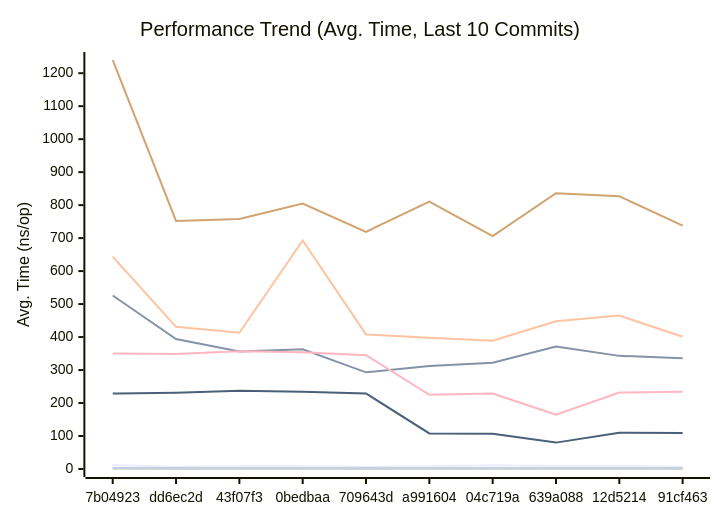
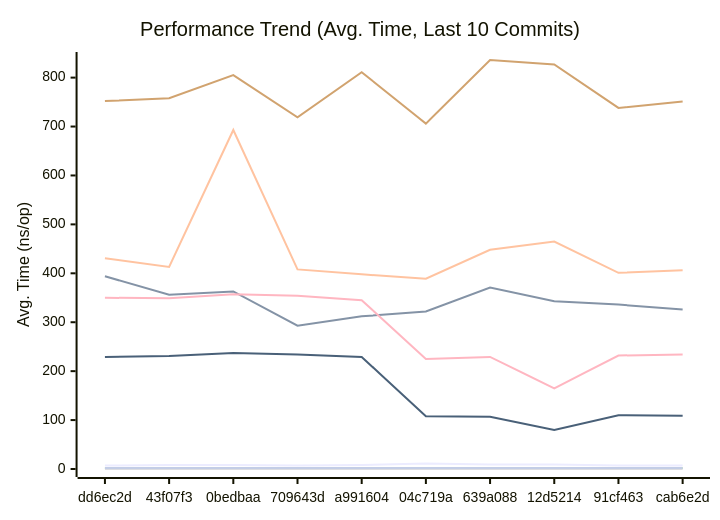
One commit to alsotoes/momo changed the first of 3 diagrams in docs/PERFORMANCE.md. Above: the diagram before and after it, drawn with Mermaid. The commit also changed other lines of this file and 2 other files, not shown here.

````diff
--- a/docs/PERFORMANCE.md
+++ b/docs/PERFORMANCE.md
@@ -80,16 +80,16 @@
 ```mermaid
 xychart-beta
     title "Performance Trend (Avg. Time, Last 10 Commits)"
     x-axis "Commit"
     y-axis "Avg. Time (ns/op)"
-    x-axis [7b04923,dd6ec2d,43f07f3,0bedbaa,709643d,a991604,04c719a,639a088,12d5214,91cf463]
-    line "CheckMetricsAndSwap" [12,7,8,8,7,8,11,9,9,7]
-    line "CrushOptimized" [526,394,356,363,293,312,322,371,343,336]
-    line "CrushOriginal" [644,431,413,693,408,398,389,448,465,401]
+    x-axis [dd6ec2d,43f07f3,0bedbaa,709643d,a991604,04c719a,639a088,12d5214,91cf463,cab6e2d]
+    line "CheckMetricsAndSwap" [7,8,8,7,8,11,9,9,7,7]
+    line "CrushOptimized" [394,356,363,293,312,322,371,343,336,326]
+    line "CrushOriginal" [431,413,693,408,398,389,448,465,401,406]
     line "IndexDirectTracking" [0,0,0,0,0,0,0,0,0,0]
     line "IndexSearch" [2,2,2,2,2,2,2,2,2,2]
-    line "LoadGlobalConfig" [1240,752,758,805,719,811,706,836,827,738]
-    line "PadString" [3,2,2,2,2,2,2,2,2,2]
+    line "LoadGlobalConfig" [752,758,805,719,811,706,836,827,738,751]
+    line "PadString" [2,2,2,2,2,2,2,2,2,2]
     line "ParseReplicationOrder_NoPrealloc" [350,349,357,354,345,225,229,165,232,234]
     line "ParseReplicationOrder_Prealloc" [229,231,237,234,229,108,107,80,110,109]
 ```
````
